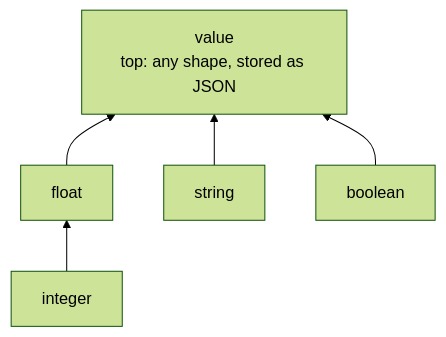
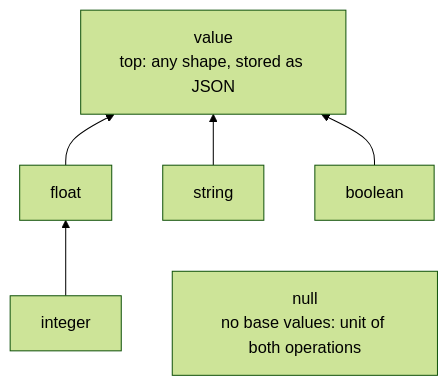
One commit to xiemaisi/datamog changed the diagram in doc/design/type-lattice.md. Above: the diagram before and after it, drawn with Mermaid (forest theme). The commit also changed other lines of this file and 59 other files, not shown here.

````diff
--- a/doc/design/type-lattice.md
+++ b/doc/design/type-lattice.md
@@ -14,13 +17,14 @@
 ```mermaid
 graph BT
     int["integer"]
     flt["float"]
     str["string"]
     bool["boolean"]
     val["value<br/>top: any shape, stored as JSON"]
+    nul["null<br/>no base values: unit of both operations"]
 
     int --> flt
     flt --> val
     str --> val
     bool --> val
 ```
````
